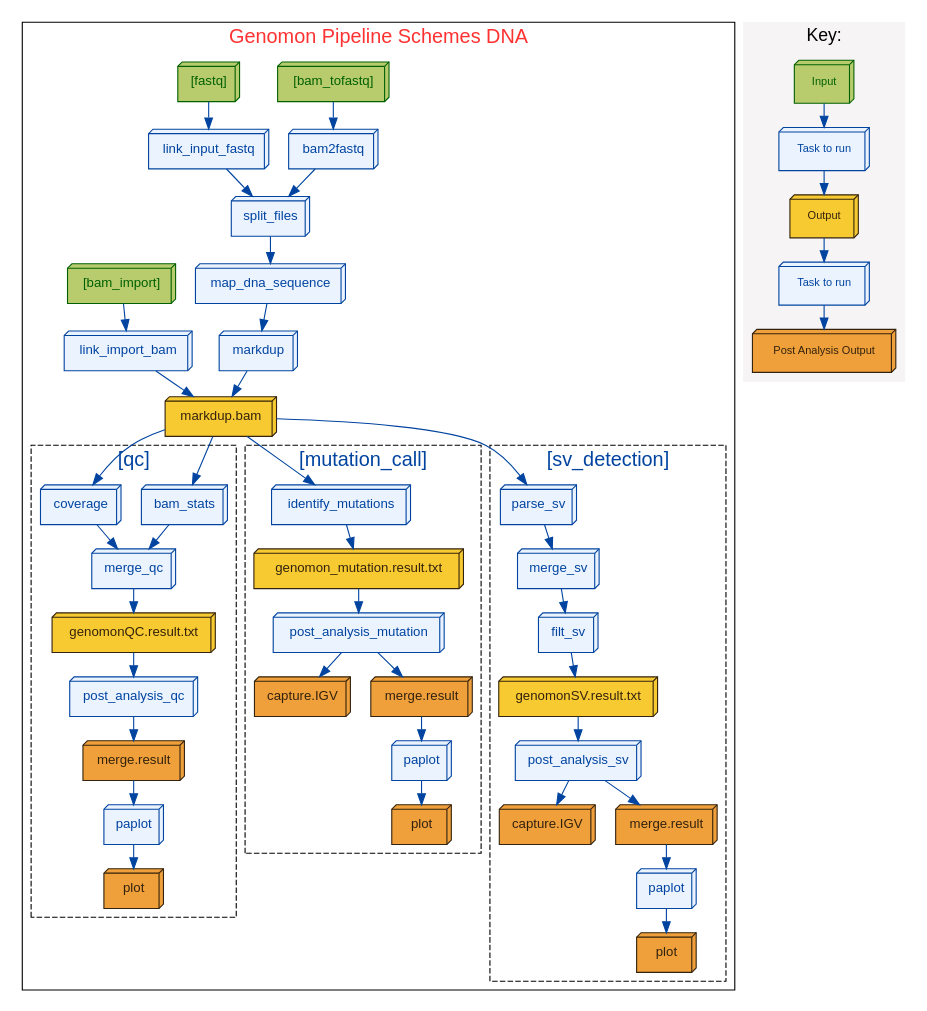
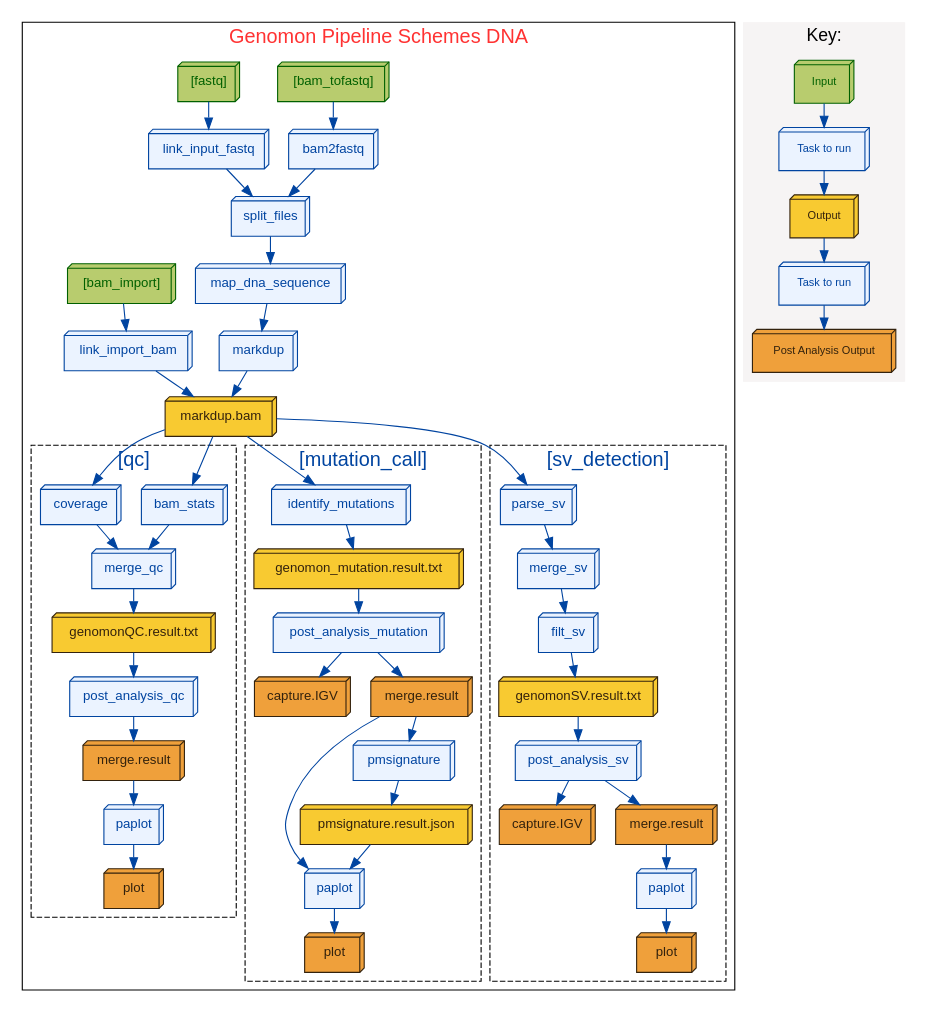
The diagram in dot/genomon_dna.dot (Genomon-Project/genomon-docs), drawn with Graphviz before and after one commit. The commit also changed 17 other files, not shown here.

```diff
--- a/dot/genomon_dna.dot
+++ b/dot/genomon_dna.dot
@@ -15,41 +15,40 @@
 		fontsize = "18";
 		label = "Genomon Pipeline Schemes DNA";
 
-		#### nodes
+		#### task
 		# input
-		t_input_bam2fastq   [color="#006000", fillcolor="#B8CC6E", fontcolor="#006000", shape=box3d, style=filled, label="[bam_tofastq]"];
-		t_input_fastq       [color="#006000", fillcolor="#B8CC6E", fontcolor="#006000", shape=box3d, style=filled, label="[fastq]"];
-		t_input_bamimport   [color="#006000", fillcolor="#B8CC6E", fontcolor="#006000", shape=box3d, style=filled, label="[bam_import]"];
+		tsk_input_bam2fastq   [color="#006000", fillcolor="#B8CC6E", fontcolor="#006000", shape=box3d, style=filled, label="[bam_tofastq]"];
+		tsk_input_fastq       [color="#006000", fillcolor="#B8CC6E", fontcolor="#006000", shape=box3d, style=filled, label="[fastq]"];
+		tsk_input_bamimport   [color="#006000", fillcolor="#B8CC6E", fontcolor="#006000", shape=box3d, style=filled, label="[bam_import]"];
 
 		# stage
-		t_bam2fastq         [color="#0044A0", fillcolor="#EBF3FF", fontcolor="#0044A0", shape=box3d, style=filled, label="bam2fastq"];
-		t_link_import_bam   [color="#0044A0", fillcolor="#EBF3FF", fontcolor="#0044A0", shape=box3d, style=filled, label="link_import_bam"];
-		t_link_input_fastq  [color="#0044A0", fillcolor="#EBF3FF", fontcolor="#0044A0", shape=box3d, style=filled, label="link_input_fastq"];
-		t_split_files       [color="#0044A0", fillcolor="#EBF3FF", fontcolor="#0044A0", shape=box3d, style=filled, label="split_files"];
-		t_map_dna_sequence  [color="#0044A0", fillcolor="#EBF3FF", fontcolor="#0044A0", shape=box3d, style=filled, label="map_dna_sequence"];
-		t_markdup           [color="#0044A0", fillcolor="#EBF3FF", fontcolor="#0044A0", shape=box3d, style=filled, label="markdup"];
+		tsk_bam2fastq         [color="#0044A0", fillcolor="#EBF3FF", fontcolor="#0044A0", shape=box3d, style=filled, label="bam2fastq"];
+		tsk_link_import_bam   [color="#0044A0", fillcolor="#EBF3FF", fontcolor="#0044A0", shape=box3d, style=filled, label="link_import_bam"];
+		tsk_link_input_fastq  [color="#0044A0", fillcolor="#EBF3FF", fontcolor="#0044A0", shape=box3d, style=filled, label="link_input_fastq"];
+		tsk_split_files       [color="#0044A0", fillcolor="#EBF3FF", fontcolor="#0044A0", shape=box3d, style=filled, label="split_files"];
+		tsk_map_dna_sequence  [color="#0044A0", fillcolor="#EBF3FF", fontcolor="#0044A0", shape=box3d, style=filled, label="map_dna_sequence"];
+		tsk_markdup           [color="#0044A0", fillcolor="#EBF3FF", fontcolor="#0044A0", shape=box3d, style=filled, label="markdup"];
 
 		# output
-		t_output_bam        [color="#33220D", fillcolor="#F8CA31", fontcolor="#33220D", shape=box3d, style=filled, label="markdup.bam"];
-		
+		out_bam               [color="#33220D", fillcolor="#F8CA31", fontcolor="#33220D", shape=box3d, style=filled, label="markdup.bam"];
 
 		#### lines
 		# input
-		t_input_bam2fastq -> t_bam2fastq[color="#0044A0"];
-		t_input_fastq -> t_link_input_fastq[color="#0044A0"];
-		t_input_bamimport -> t_link_import_bam[color="#0044A0"];
+		tsk_input_bam2fastq -> tsk_bam2fastq[color="#0044A0"];
+		tsk_input_fastq -> tsk_link_input_fastq[color="#0044A0"];
+		tsk_input_bamimport -> tsk_link_import_bam[color="#0044A0"];
 
 		# stage
-		t_bam2fastq -> t_split_files[color="#0044A0"];
-		t_link_input_fastq -> t_split_files[color="#0044A0"];
-		t_split_files -> t_map_dna_sequence[color="#0044A0"];
-		t_map_dna_sequence -> t_markdup[color="#0044A0"];
-		t_link_import_bam -> t_output_bam[color="#0044A0"];
-		t_markdup -> t_output_bam[color="#0044A0"];
-		t_output_bam -> t_bam_stats[color="#0044A0"];
-		t_output_bam -> t_coverage[color="#0044A0"];
-		t_output_bam -> t_mutations[color="#0044A0"];
-		t_output_bam -> t_parse_sv[color="#0044A0"];
+		tsk_bam2fastq -> tsk_split_files[color="#0044A0"];
+		tsk_link_input_fastq -> tsk_split_files[color="#0044A0"];
+		tsk_split_files -> tsk_map_dna_sequence[color="#0044A0"];
+		tsk_map_dna_sequence -> tsk_markdup[color="#0044A0"];
+		tsk_link_import_bam -> out_bam[color="#0044A0"];
+		tsk_markdup -> out_bam[color="#0044A0"];
+		out_bam -> tsk_q_bam_stats[color="#0044A0"];
+		out_bam -> tsk_q_coverage[color="#0044A0"];
+		out_bam -> tsk_m_identify[color="#0044A0"];
+		out_bam -> tsk_s_parse[color="#0044A0"];
 
 		subgraph clustertasks_mutation
 		{
@@ -60,29 +59,36 @@
 			label = " [mutation_call]";
 			style = dashed;
 
-			#### nodes
-			t_mutations         [color="#0044A0", fillcolor="#EBF3FF", fontcolor="#0044A0", shape=box3d, style=filled, label="identify_mutations"];
-			t_pa_mutation       [color="#0044A0", fillcolor="#EBF3FF", fontcolor="#0044A0", shape=box3d, style=filled, label="post_analysis_mutation"];
-			t_paplot_mu         [color="#0044A0", fillcolor="#EBF3FF", fontcolor="#0044A0", shape=box3d, style=filled, label="paplot"];
+			#### task
+			tsk_m_identify     [color="#0044A0", fillcolor="#EBF3FF", fontcolor="#0044A0", shape=box3d, style=filled, label="identify_mutations"];
+			tsk_m_pa           [color="#0044A0", fillcolor="#EBF3FF", fontcolor="#0044A0", shape=box3d, style=filled, label="post_analysis_mutation"];
+			tsk_m_paplot       [color="#0044A0", fillcolor="#EBF3FF", fontcolor="#0044A0", shape=box3d, style=filled, label="paplot"];
+			tsk_m_signature    [color="#0044A0", fillcolor="#EBF3FF", fontcolor="#0044A0", shape=box3d, style=filled, label="pmsignature"];
+			
+			# output
+			out_m_result       [color="#33220D", fillcolor="#F8CA31", fontcolor="#33220D", shape=box3d, style=filled, label="genomon_mutation.result.txt"];
+			out_m_pa_igv       [color="#33220D", fillcolor="#EFA03B", fontcolor="#33220D", shape=box3d, style=filled, label="capture.IGV"];
+			out_m_pa_merge     [color="#33220D", fillcolor="#EFA03B", fontcolor="#33220D", shape=box3d, style=filled, label="merge.result"];
+			out_m_signature    [color="#33220D", fillcolor="#F8CA31", fontcolor="#33220D", shape=box3d, style=filled, label="pmsignature.result.json"];
+			out_m_paplot       [color="#33220D", fillcolor="#EFA03B", fontcolor="#33220D", shape=box3d, style=filled, label="plot"];
 
+			#### link
 			# output
-			t_output_mutation   [color="#33220D", fillcolor="#F8CA31", fontcolor="#33220D", shape=box3d, style=filled, label="genomon_mutation.result.txt"];
-			t_output_pa_mu_i    [color="#33220D", fillcolor="#EFA03B", fontcolor="#33220D", shape=box3d, style=filled, label="capture.IGV"];
-			t_output_pa_mu_m    [color="#33220D", fillcolor="#EFA03B", fontcolor="#33220D", shape=box3d, style=filled, label="merge.result"];
-			t_output_paplot_mu  [color="#33220D", fillcolor="#EFA03B", fontcolor="#33220D", shape=box3d, style=filled, label="plot"];
+			tsk_m_identify -> out_m_result[color="#0044A0"];
 
-			#### lines
-			# output
-			t_mutations -> t_output_mutation[color="#0044A0"];
+			# postm_analysis
+			out_m_result -> tsk_m_pa[color="#0044A0"];
+			tsk_m_pa -> out_m_pa_merge[color="#0044A0"];
+			tsk_m_pa -> out_m_pa_igv[color="#0044A0"];
 
-			#### post_analysis
-			t_output_mutation -> t_pa_mutation[color="#0044A0"];
-			t_pa_mutation -> t_output_pa_mu_m[color="#0044A0"];
-			t_pa_mutation -> t_output_pa_mu_i[color="#0044A0"];
-
-			#### paplot
-			t_output_pa_mu_m -> t_paplot_mu[color="#0044A0"];
-			t_paplot_mu -> t_output_paplot_mu[color="#0044A0"];
+			# signature
+			out_m_pa_merge -> tsk_m_signature[color="#0044A0"];
+			tsk_m_signature -> out_m_signature[color="#0044A0"];
+			
+			# paplot
+			out_m_pa_merge -> tsk_m_paplot[color="#0044A0"];
+			out_m_signature -> tsk_m_paplot[color="#0044A0"];
+			tsk_m_paplot -> out_m_paplot[color="#0044A0"];
 		}
 		subgraph clustertasks_sv
 		{
@@ -93,37 +99,36 @@
 			label = "[sv_detection]";
 			style = dashed;
 
-			#### nodes
-			t_parse_sv          [color="#0044A0", fillcolor="#EBF3FF", fontcolor="#0044A0", shape=box3d, style=filled, label="parse_sv"];
-			t_merge_sv          [color="#0044A0", fillcolor="#EBF3FF", fontcolor="#0044A0", shape=box3d, style=filled, label="merge_sv"];
-			t_filt_sv           [color="#0044A0", fillcolor="#EBF3FF", fontcolor="#0044A0", shape=box3d, style=filled, label="filt_sv"];
-			t_pa_sv             [color="#0044A0", fillcolor="#EBF3FF", fontcolor="#0044A0", shape=box3d, style=filled, label="post_analysis_sv"];
-			t_paplot_sv         [color="#0044A0", fillcolor="#EBF3FF", fontcolor="#0044A0", shape=box3d, style=filled, label="paplot"];
+			#### task
+			tsk_s_parse         [color="#0044A0", fillcolor="#EBF3FF", fontcolor="#0044A0", shape=box3d, style=filled, label="parse_sv"];
+			tsk_s_merge         [color="#0044A0", fillcolor="#EBF3FF", fontcolor="#0044A0", shape=box3d, style=filled, label="merge_sv"];
+			tsk_s_filt          [color="#0044A0", fillcolor="#EBF3FF", fontcolor="#0044A0", shape=box3d, style=filled, label="filt_sv"];
+			tsk_s_pa            [color="#0044A0", fillcolor="#EBF3FF", fontcolor="#0044A0", shape=box3d, style=filled, label="post_analysis_sv"];
+			tsk_s_paplot        [color="#0044A0", fillcolor="#EBF3FF", fontcolor="#0044A0", shape=box3d, style=filled, label="paplot"];
 
 			# output
-			t_output_sv         [color="#33220D", fillcolor="#F8CA31", fontcolor="#33220D", shape=box3d, style=filled, label="genomonSV.result.txt"];
-			t_output_pa_sv_i    [color="#33220D", fillcolor="#EFA03B", fontcolor="#33220D", shape=box3d, style=filled, label="capture.IGV"];
-			t_output_pa_sv_m    [color="#33220D", fillcolor="#EFA03B", fontcolor="#33220D", shape=box3d, style=filled, label="merge.result"];
-			t_output_paplot_sv  [color="#33220D", fillcolor="#EFA03B", fontcolor="#33220D", shape=box3d, style=filled, label="plot"];
+			out_s_result        [color="#33220D", fillcolor="#F8CA31", fontcolor="#33220D", shape=box3d, style=filled, label="genomonSV.result.txt"];
+			out_s_pa_sv_igv     [color="#33220D", fillcolor="#EFA03B", fontcolor="#33220D", shape=box3d, style=filled, label="capture.IGV"];
+			out_s_pa_sv_merge   [color="#33220D", fillcolor="#EFA03B", fontcolor="#33220D", shape=box3d, style=filled, label="merge.result"];
+			out_s_paplot        [color="#33220D", fillcolor="#EFA03B", fontcolor="#33220D", shape=box3d, style=filled, label="plot"];
 
-			#### lines
+			#### link
 			# stage
-			t_parse_sv -> t_merge_sv[color="#0044A0"];
-			t_merge_sv -> t_filt_sv[color="#0044A0"];
+			tsk_s_parse -> tsk_s_merge[color="#0044A0"];
+			tsk_s_merge -> tsk_s_filt[color="#0044A0"];
 
 			# output
-			t_filt_sv -> t_output_sv[color="#0044A0"];
+			tsk_s_filt -> out_s_result[color="#0044A0"];
 
-			#### post_analysis
-			t_output_sv -> t_pa_sv[color="#0044A0"];
-			t_pa_sv -> t_output_pa_sv_m[color="#0044A0"];
-			t_pa_sv -> t_output_pa_sv_i[color="#0044A0"];
+			# post_analysis
+			out_s_result -> tsk_s_pa[color="#0044A0"];
+			tsk_s_pa -> out_s_pa_sv_merge[color="#0044A0"];
+			tsk_s_pa -> out_s_pa_sv_igv[color="#0044A0"];
 
-			#### paplot
-			t_output_pa_sv_m -> t_paplot_sv[color="#0044A0"];
-			t_paplot_sv -> t_output_paplot_sv[color="#0044A0"];
+			# paplot
+			out_s_pa_sv_merge -> tsk_s_paplot[color="#0044A0"];
+			tsk_s_paplot -> out_s_paplot[color="#0044A0"];
 		}
-			
 		subgraph clustertasks_qc
 		{
 			rank="min";
@@ -133,33 +138,33 @@
 			label = "[qc]";
 			style = dashed;
 
-			#### nodes
-			t_bam_stats         [color="#0044A0", fillcolor="#EBF3FF", fontcolor="#0044A0", shape=box3d, style=filled, label="bam_stats"];
-			t_coverage          [color="#0044A0", fillcolor="#EBF3FF", fontcolor="#0044A0", shape=box3d, style=filled, label="coverage"];
-			t_merge_qc          [color="#0044A0", fillcolor="#EBF3FF", fontcolor="#0044A0", shape=box3d, style=filled, label="merge_qc"];
-			t_pa_qc             [color="#0044A0", fillcolor="#EBF3FF", fontcolor="#0044A0", shape=box3d, style=filled, label="post_analysis_qc"];
-			t_paplot_qc         [color="#0044A0", fillcolor="#EBF3FF", fontcolor="#0044A0", shape=box3d, style=filled, label="paplot"];
+			#### task
+			tsk_q_bam_stats     [color="#0044A0", fillcolor="#EBF3FF", fontcolor="#0044A0", shape=box3d, style=filled, label="bam_stats"];
+			tsk_q_coverage      [color="#0044A0", fillcolor="#EBF3FF", fontcolor="#0044A0", shape=box3d, style=filled, label="coverage"];
+			tsk_q_merge         [color="#0044A0", fillcolor="#EBF3FF", fontcolor="#0044A0", shape=box3d, style=filled, label="merge_qc"];
+			tsk_q_pa            [color="#0044A0", fillcolor="#EBF3FF", fontcolor="#0044A0", shape=box3d, style=filled, label="post_analysis_qc"];
+			tsk_q_paplot        [color="#0044A0", fillcolor="#EBF3FF", fontcolor="#0044A0", shape=box3d, style=filled, label="paplot"];
 
 			# output
-			t_output_qc         [color="#33220D", fillcolor="#F8CA31", fontcolor="#33220D", shape=box3d, style=filled, label="genomonQC.result.txt"];
-			t_output_pa_qc_m    [color="#33220D", fillcolor="#EFA03B", fontcolor="#33220D", shape=box3d, style=filled, label="merge.result"];
-			t_output_paplot_qc  [color="#33220D", fillcolor="#EFA03B", fontcolor="#33220D", shape=box3d, style=filled, label="plot"];
+			out_q_result        [color="#33220D", fillcolor="#F8CA31", fontcolor="#33220D", shape=box3d, style=filled, label="genomonQC.result.txt"];
+			out_q_pa_merge      [color="#33220D", fillcolor="#EFA03B", fontcolor="#33220D", shape=box3d, style=filled, label="merge.result"];
+			out_q_paplot        [color="#33220D", fillcolor="#EFA03B", fontcolor="#33220D", shape=box3d, style=filled, label="plot"];
 
-			#### lines
+			#### link
 			# stage
-			t_bam_stats -> t_merge_qc[color="#0044A0"];
-			t_coverage -> t_merge_qc[color="#0044A0"];
+			tsk_q_bam_stats -> tsk_q_merge[color="#0044A0"];
+			tsk_q_coverage -> tsk_q_merge[color="#0044A0"];
 
 			# output
-			t_merge_qc -> t_output_qc[color="#0044A0"];
+			tsk_q_merge -> out_q_result[color="#0044A0"];
 
-			#### post_analysis
-			t_output_qc -> t_pa_qc[color="#0044A0"];
-			t_pa_qc -> t_output_pa_qc_m[color="#0044A0"];
+			# post_analysis
+			out_q_result -> tsk_q_pa[color="#0044A0"];
+			tsk_q_pa -> out_q_pa_merge[color="#0044A0"];
 
-			#### paplot
-			t_output_pa_qc_m -> t_paplot_qc[color="#0044A0"];
-			t_paplot_qc -> t_output_paplot_qc[color="#0044A0"];
+			# paplot
+			out_q_pa_merge -> tsk_q_paplot[color="#0044A0"];
+			tsk_q_paplot -> out_q_paplot[color="#0044A0"];
 		}
 	}
 
@@ -174,14 +179,14 @@
 		label = "Key:"
 
 		node[margin="0.2,0.2", fontname = "helvetica", fontsize="10"];
-		k1_1[color="#006000", fillcolor="#B8CC6E", fontcolor="#006000", label="Input", shape=box3d, style=filled];
-		k2_1[color="#0044A0", fillcolor="#EBF3FF", fontcolor="#0044A0", label="Task to run", shape=box3d, style=filled];
-		k3_1[color="#33220D", fillcolor="#F8CA31", fontcolor="#33220D", label="Output", shape=box3d, style=filled];
-		k4_1[color="#0044A0", fillcolor="#EBF3FF", fontcolor="#0044A0", label="Task to run", shape=box3d, style=filled];
-		k5_1[color="#33220D", fillcolor="#EFA03B", fontcolor="#33220D", label="Post Analysis Output", shape=box3d, style=filled];
-		k1_1 -> k2_1[color="#0044A0", arrowtype=normal];
-		k2_1 -> k3_1[color="#0044A0", arrowtype=normal];
-		k3_1 -> k4_1[color="#0044A0", arrowtype=normal];
-		k4_1 -> k5_1[color="#0044A0", arrowtype=normal];
+		k1[color="#006000", fillcolor="#B8CC6E", fontcolor="#006000", label="Input", shape=box3d, style=filled];
+		k2[color="#0044A0", fillcolor="#EBF3FF", fontcolor="#0044A0", label="Task to run", shape=box3d, style=filled];
+		k3[color="#33220D", fillcolor="#F8CA31", fontcolor="#33220D", label="Output", shape=box3d, style=filled];
+		k4[color="#0044A0", fillcolor="#EBF3FF", fontcolor="#0044A0", label="Task to run", shape=box3d, style=filled];
+		k5[color="#33220D", fillcolor="#EFA03B", fontcolor="#33220D", label="Post Analysis Output", shape=box3d, style=filled];
+		k1 -> k2[color="#0044A0", arrowtype=normal];
+		k2 -> k3[color="#0044A0", arrowtype=normal];
+		k3 -> k4[color="#0044A0", arrowtype=normal];
+		k4 -> k5[color="#0044A0", arrowtype=normal];
 	}
 }
```
